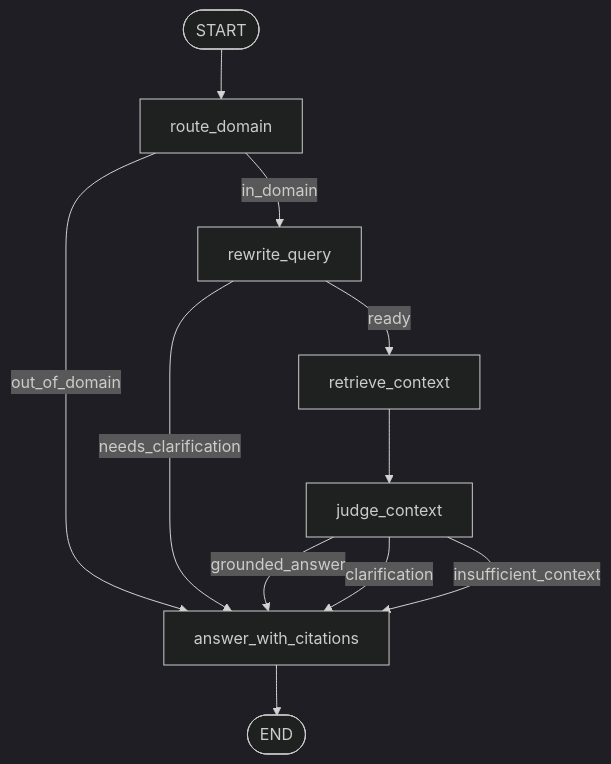
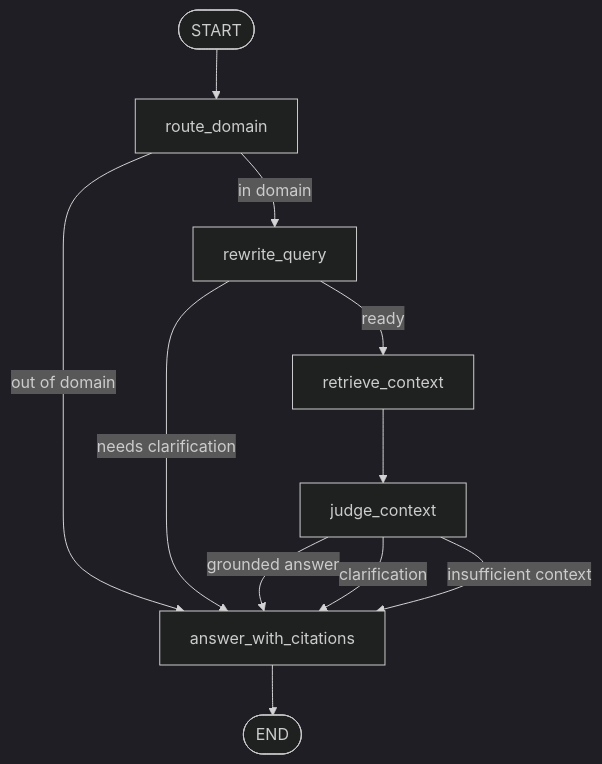
The first of 5 diagrams in README.md (DuongDucMinh/AGENTIC-RAG), drawn with Mermaid (dark theme) before and after one commit. The commit also changed other lines of this file and 23 other files, not shown here.

````diff
--- a/README.md
+++ b/README.md
@@ -87,13 +20,13 @@
 ```mermaid
 flowchart TD
-    START(["START"]) --> A["route_domain"]
-    A -->|"out_of_domain"| E["answer_with_citations"]
-    A -->|"in_domain"| B["rewrite_query"]
-    B -->|"needs_clarification"| E
-    B -->|"ready"| C["retrieve_context"]
-    C --> D["judge_context"]
-    D -->|"grounded_answer"| E
-    D -->|"clarification"| E
-    D -->|"insufficient_context"| E
-    E --> END(["END"])
+    START(["START"]) --> route["route_domain"]
+    route -->|"out of domain"| answer["answer_with_citations"]
+    route -->|"in domain"| rewrite["rewrite_query"]
+    rewrite -->|"needs clarification"| answer
+    rewrite -->|"ready"| retrieve["retrieve_context"]
+    retrieve --> judge["judge_context"]
+    judge -->|"grounded answer"| answer
+    judge -->|"clarification"| answer
+    judge -->|"insufficient context"| answer
+    answer --> END(["END"])
 ```
````
